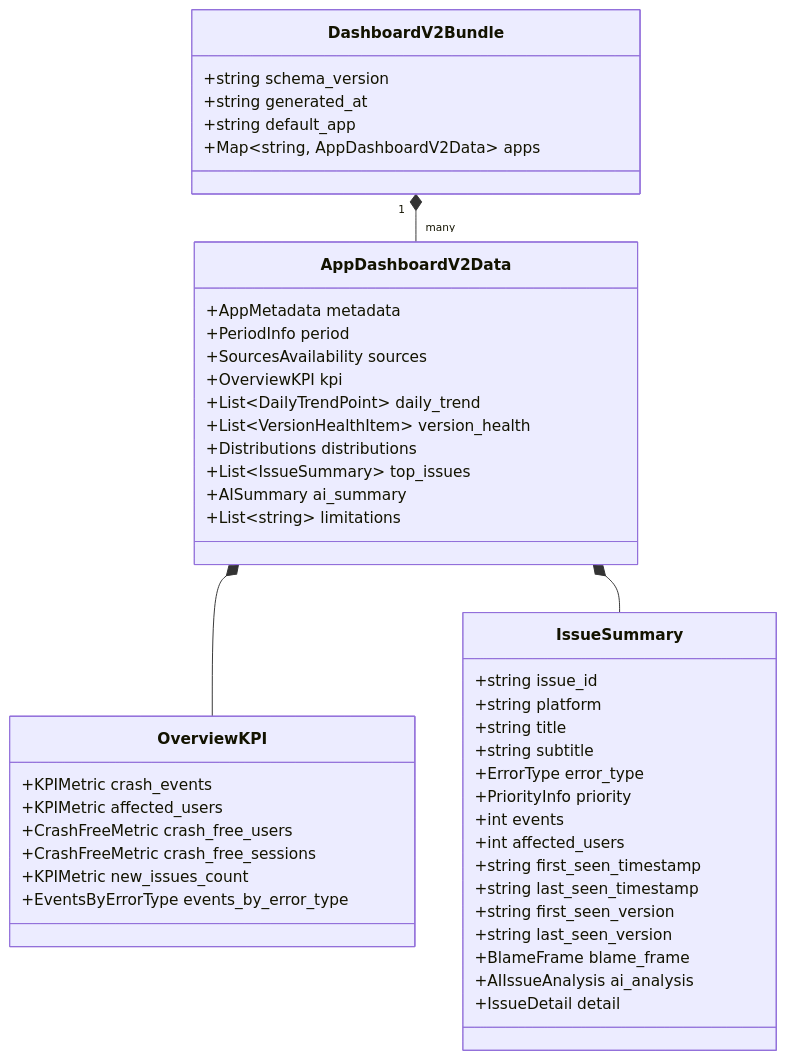
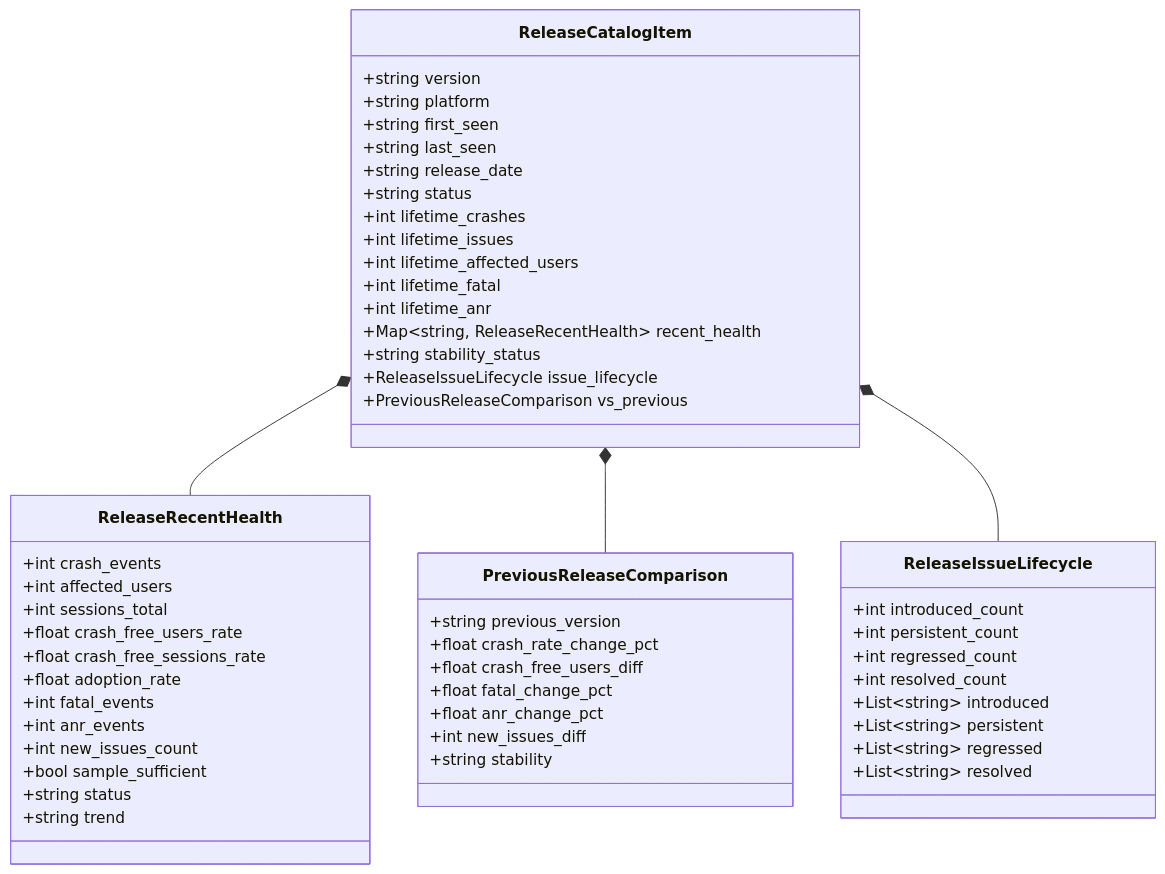
The second of 3 diagrams in docs/dashboard_v2_schema.md (qpalzm963/crash-trend), drawn with Mermaid before and after one commit. The commit also changed other lines of this file and 4 other files, not shown here.

First line of the commit message:
docs: sync README, schema spec, and authority store contracts for Dashboard V2.6 (#51) (#52)

````diff
--- a/docs/dashboard_v2_schema.md
+++ b/docs/dashboard_v2_schema.md
@@ -32,49 +465,56 @@
 ```mermaid
 classDiagram
-    class DashboardV2Bundle {
-        +string schema_version
-        +string generated_at
-        +string default_app
-        +Map~string, AppDashboardV2Data~ apps
+    class ReleaseCatalogItem {
+        +string version
+        +string platform
+        +string first_seen
+        +string last_seen
+        +string release_date
+        +string status
+        +int lifetime_crashes
+        +int lifetime_issues
+        +int lifetime_affected_users
+        +int lifetime_fatal
+        +int lifetime_anr
+        +Map~string, ReleaseRecentHealth~ recent_health
+        +string stability_status
+        +ReleaseIssueLifecycle issue_lifecycle
+        +PreviousReleaseComparison vs_previous
     }
-    class AppDashboardV2Data {
-        +AppMetadata metadata
-        +PeriodInfo period
-        +SourcesAvailability sources
-        +OverviewKPI kpi
-        +List~DailyTrendPoint~ daily_trend
-        +List~VersionHealthItem~ version_health
-        +Distributions distributions
-        +List~IssueSummary~ top_issues
-        +AISummary ai_summary
-        +List~string~ limitations
+    class ReleaseRecentHealth {
+        +int crash_events
+        +int affected_users
+        +int sessions_total
+        +float crash_free_users_rate
+        +float crash_free_sessions_rate
+        +float adoption_rate
+        +int fatal_events
+        +int anr_events
+        +int new_issues_count
+        +bool sample_sufficient
+        +string status
+        +string trend
     }
-    class OverviewKPI {
-        +KPIMetric crash_events
-        +KPIMetric affected_users
-        +CrashFreeMetric crash_free_users
-        +CrashFreeMetric crash_free_sessions
-        +KPIMetric new_issues_count
-        +EventsByErrorType events_by_error_type
+    class PreviousReleaseComparison {
+        +string previous_version
+        +float crash_rate_change_pct
+        +float crash_free_users_diff
+        +float fatal_change_pct
+        +float anr_change_pct
+        +int new_issues_diff
+        +string stability
     }
-    class IssueSummary {
-        +string issue_id
-        +string platform
-        +string title
-        +string subtitle
-        +ErrorType error_type
-        +PriorityInfo priority
-        +int events
-        +int affected_users
-        +string first_seen_timestamp
-        +string last_seen_timestamp
-        +string first_seen_version
-        +string last_seen_version
-        +BlameFrame blame_frame
-        +AIIssueAnalysis ai_analysis
-        +IssueDetail detail
+    class ReleaseIssueLifecycle {
+        +int introduced_count
+        +int persistent_count
+        +int regressed_count
+        +int resolved_count
+        +List~string~ introduced
+        +List~string~ persistent
+        +List~string~ regressed
+        +List~string~ resolved
     }
-    DashboardV2Bundle "1" *-- "many" AppDashboardV2Data
-    AppDashboardV2Data *-- OverviewKPI
-    AppDashboardV2Data *-- IssueSummary
+    ReleaseCatalogItem *-- ReleaseRecentHealth
+    ReleaseCatalogItem *-- PreviousReleaseComparison
+    ReleaseCatalogItem *-- ReleaseIssueLifecycle
 ```
````
